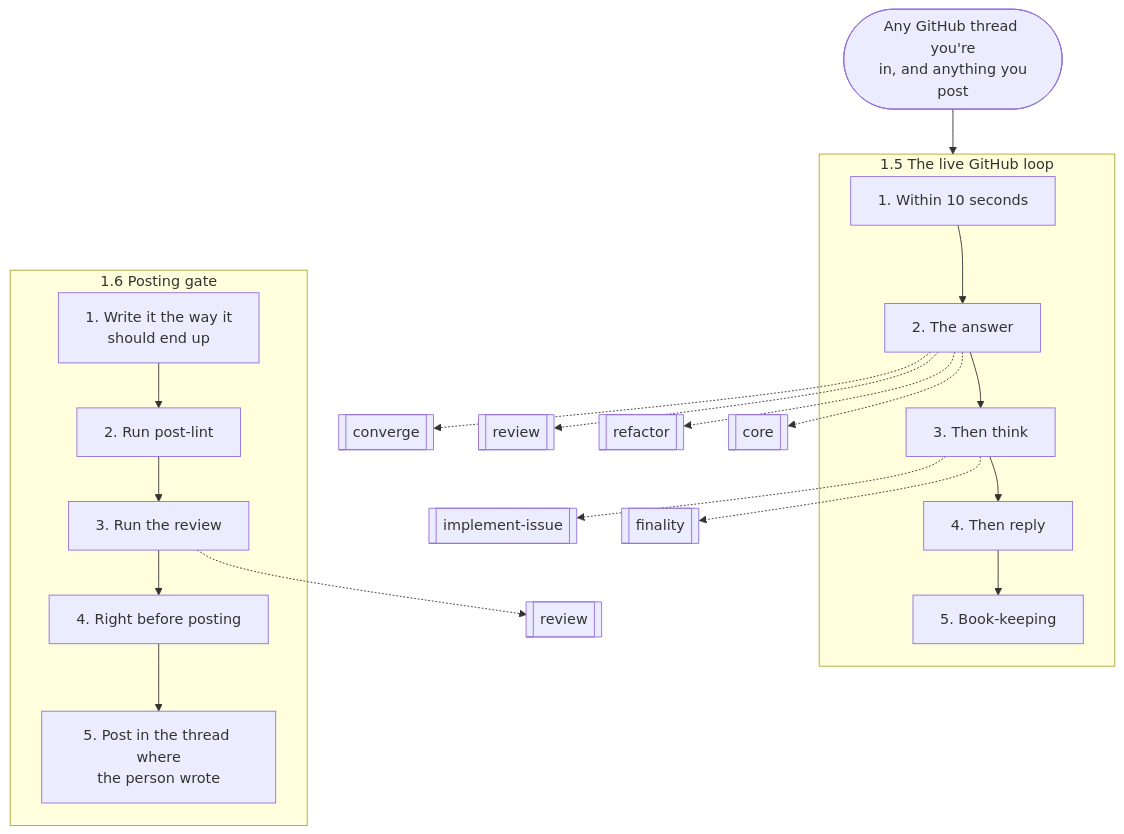
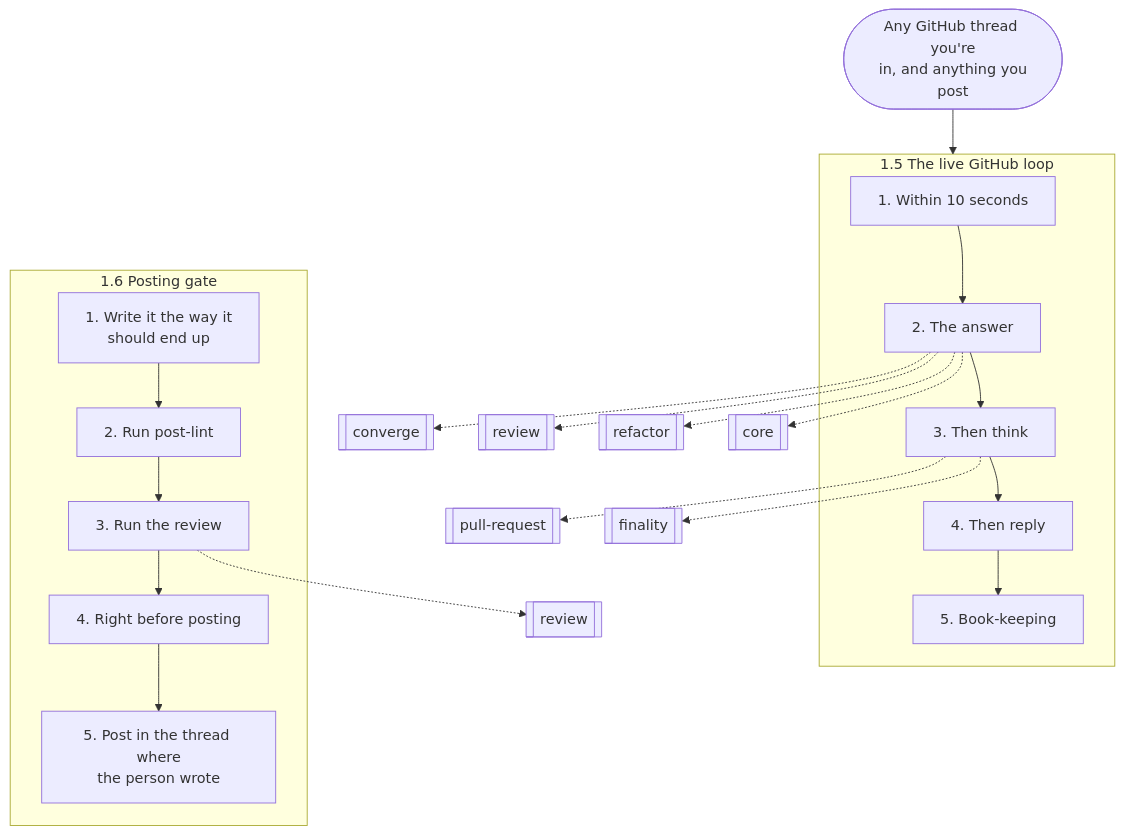
The third of 16 diagrams in docs/graphs.md (nitedani/mergeworthy), drawn with Mermaid before and after one commit. The commit also changed other lines of this file and 10 other files, not shown here.

Commit message:
Rename implement-issue to pull-request: any change to a merge-ready PR; open one only when it blocks something you ship

````diff
--- a/docs/graphs.md
+++ b/docs/graphs.md
@@ -102,35 +102,35 @@
 ```mermaid
 flowchart TB
   start(["Any GitHub thread you're<br/>in, and anything you<br/>post"])
   subgraph g0["1.5 The live GitHub loop"]
     s0["1. Within 10 seconds"]
     s1["2. The answer"]
     s0 --> s1
     s2["3. Then think"]
     s1 --> s2
     s3["4. Then reply"]
     s2 --> s3
     s4["5. Book-keeping"]
     s3 --> s4
   end
   s1 -.-> r1[["converge"]]
   s1 -.-> r2[["review"]]
   s1 -.-> r3[["refactor"]]
   s1 -.-> r4[["core"]]
-  s2 -.-> r5[["implement-issue"]]
+  s2 -.-> r5[["pull-request"]]
   s2 -.-> r6[["finality"]]
   subgraph g1["1.6 Posting gate"]
     s5["1. Write it the way it<br/>should end up"]
     s6["2. Run post-lint"]
     s5 --> s6
     s7["3. Run the review"]
     s6 --> s7
     s8["4. Right before posting"]
     s7 --> s8
     s9["5. Post in the thread where<br/>the person wrote"]
     s8 --> s9
   end
   s7 -.-> r7[["review"]]
   start --> g0
   g0 ~~~ g1
 ```
````
